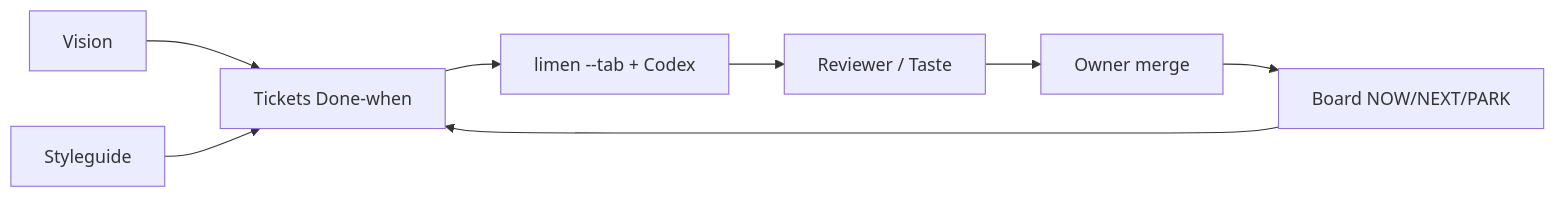
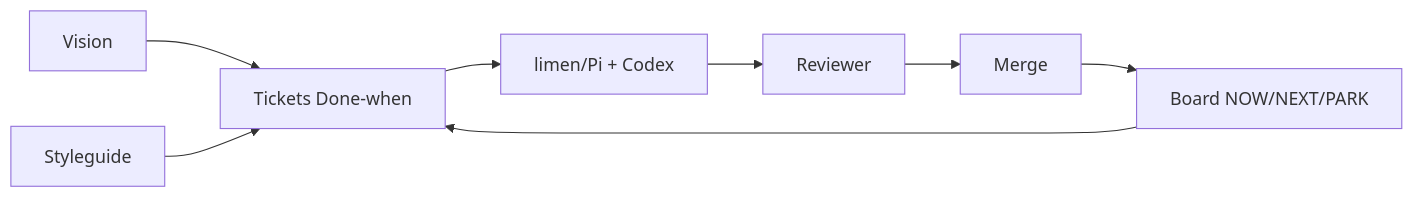
One commit to lmiadowicz/shipyard-codex changed the diagram in README.md. Above: the diagram before and after it, drawn with Mermaid. The commit also changed other lines of this file and 39 other files, not shown here.

First line of the commit message:
Shipyard polish: EN mega-card (TS), measured charts, installable setup

````diff
--- a/README.md
+++ b/README.md
@@ -17,10 +40,10 @@
 ```mermaid
 flowchart LR
   Vision[Vision] --> Tickets[Tickets Done-when]
   Style[Styleguide] --> Tickets
   Board[Board NOW/NEXT/PARK] --> Tickets
-  Tickets --> Limen[limen --tab + Codex]
-  Limen --> Review[Reviewer / Taste]
-  Review --> Merge[Owner merge]
+  Tickets --> Limen[limen/Pi + Codex]
+  Limen --> Review[Reviewer]
+  Review --> Merge[Merge]
   Merge --> Board
 ```
````
